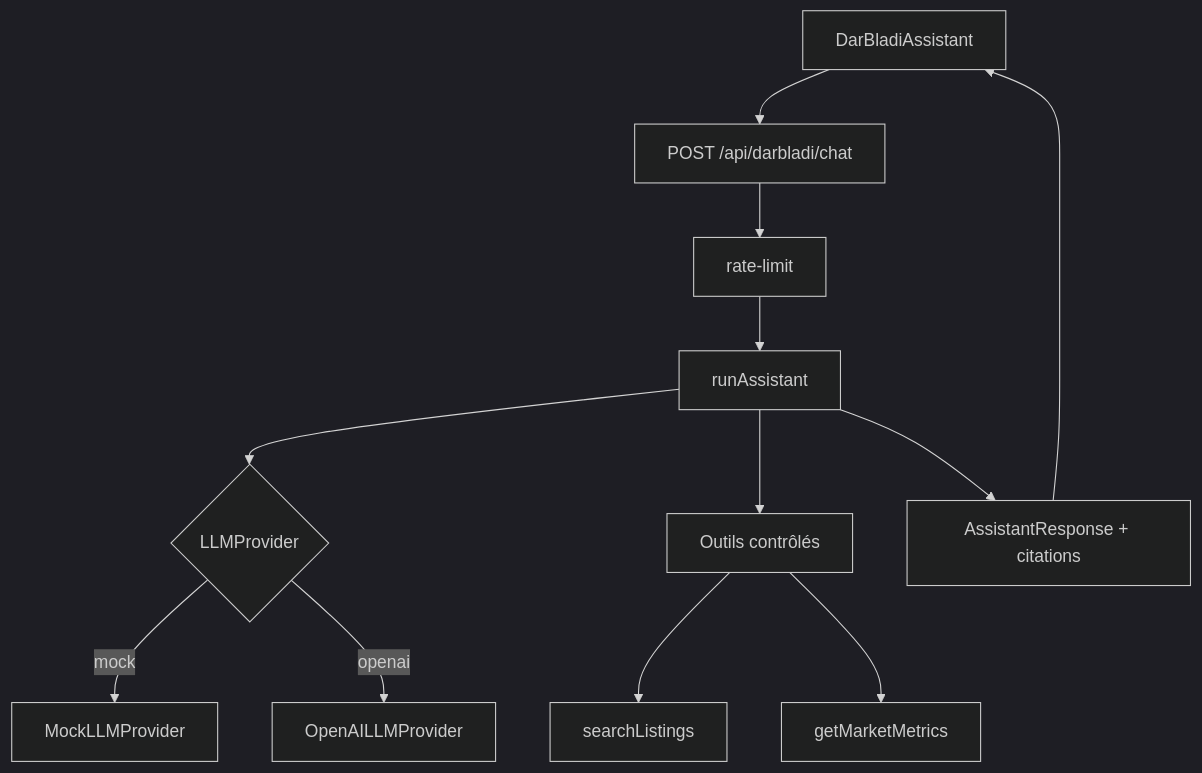
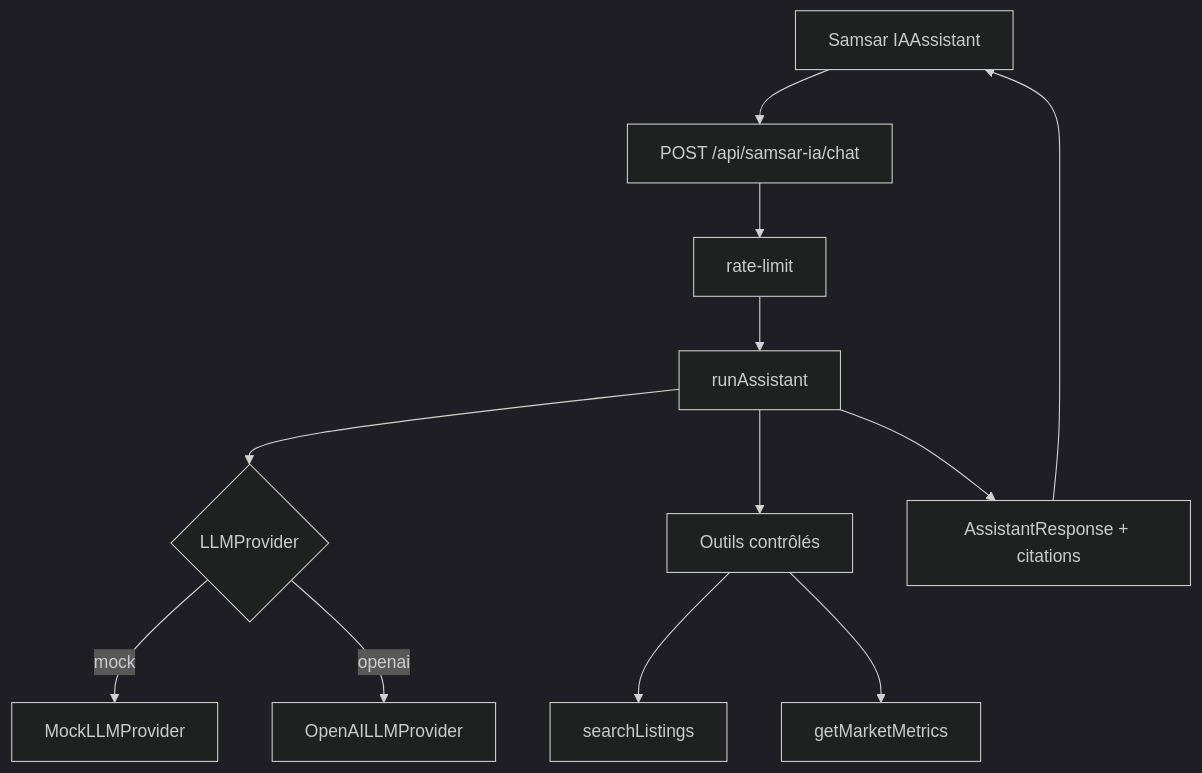
Before and after one commit to drissaj97/immo: the diagram in docs/AI_ARCHITECTURE.md, drawn with Mermaid (dark theme). The commit also changed other lines of this file and 100 other files, not shown here.

First line of the commit message:
Rebrand DarBladi → Samsar IA (v1.4.0)

````diff
--- a/docs/AI_ARCHITECTURE.md
+++ b/docs/AI_ARCHITECTURE.md
@@ -22,14 +22,14 @@
 ```mermaid
 flowchart TB
-    UI[DarBladiAssistant] --> API[POST /api/darbladi/chat]
+    UI[Samsar IAAssistant] --> API[POST /api/samsar-ia/chat]
     API --> RL[rate-limit]
     RL --> AS[runAssistant]
     AS --> LLM{LLMProvider}
     LLM -->|mock| Mock[MockLLMProvider]
     LLM -->|openai| OpenAI[OpenAILLMProvider]
     AS --> Tools[Outils contrôlés]
     Tools --> Search[searchListings]
     Tools --> Metrics[getMarketMetrics]
     AS --> Response[AssistantResponse + citations]
     Response --> UI
 ```
````
